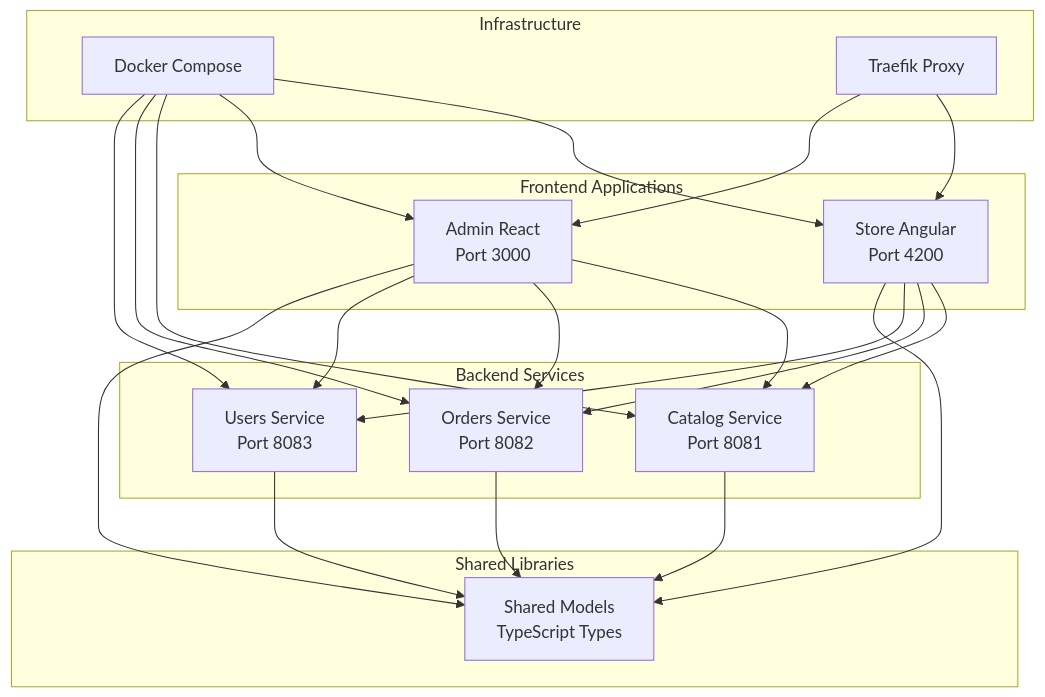
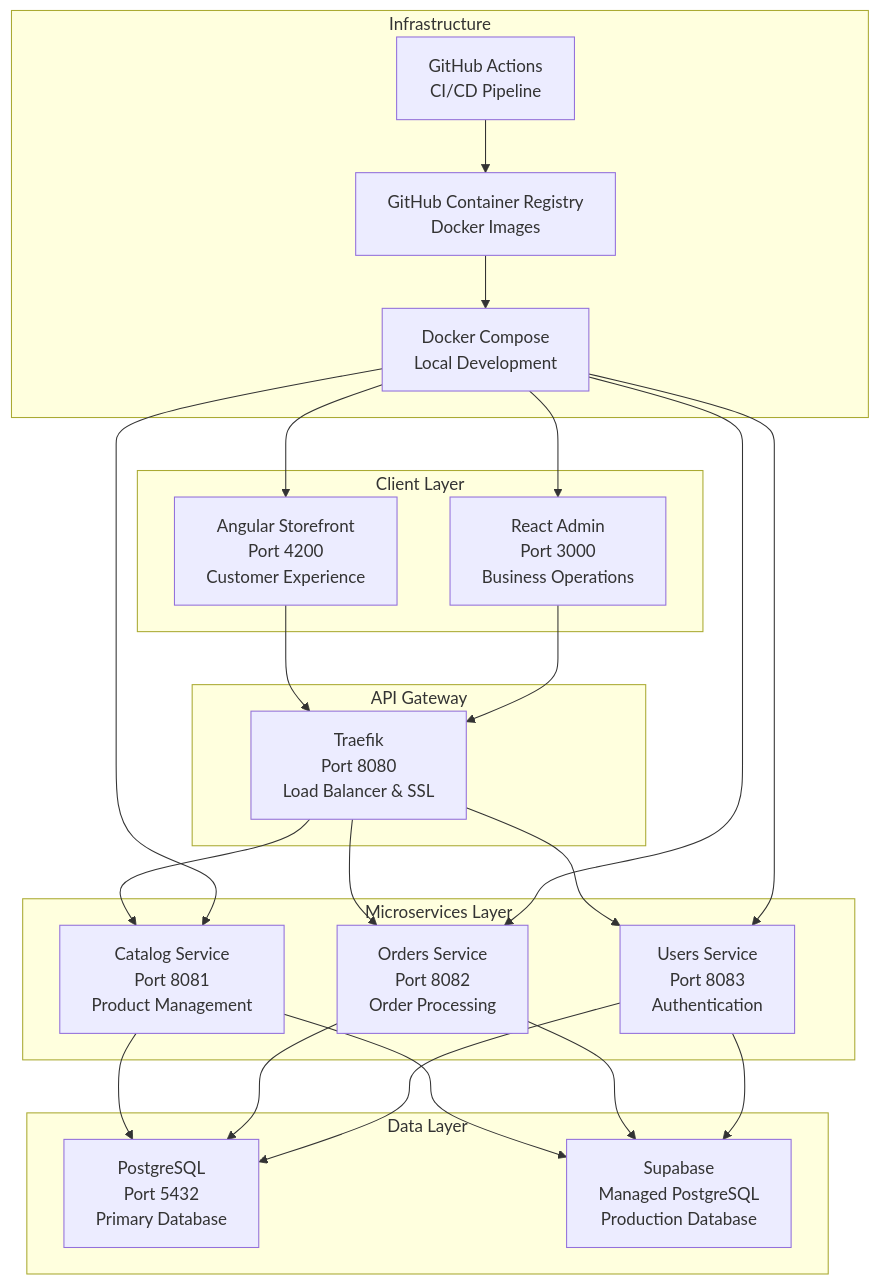
The diagram in README.md (frxncismor/retailedge), drawn with Mermaid before and after one commit. The commit also changed other lines of this file, not shown here.

````diff
--- a/README.md
+++ b/README.md
@@ -13,41 +33,47 @@
 ```mermaid
 graph TB
-    subgraph "Frontend Applications"
-        A[Store Angular<br/>Port 4200]
-        B[Admin React<br/>Port 3000]
+    subgraph "Client Layer"
+        A[Angular Storefront<br/>Port 4200<br/>Customer Experience]
+        B[React Admin<br/>Port 3000<br/>Business Operations]
     end
 
-    subgraph "Backend Services"
-        C[Catalog Service<br/>Port 8081]
-        D[Orders Service<br/>Port 8082]
-        E[Users Service<br/>Port 8083]
+    subgraph "API Gateway"
+        C[Traefik<br/>Port 8080<br/>Load Balancer & SSL]
     end
 
-    subgraph "Shared Libraries"
-        F[Shared Models<br/>TypeScript Types]
+    subgraph "Microservices Layer"
+        D[Catalog Service<br/>Port 8081<br/>Product Management]
+        E[Orders Service<br/>Port 8082<br/>Order Processing]
+        F[Users Service<br/>Port 8083<br/>Authentication]
+    end
+
+    subgraph "Data Layer"
+        G[PostgreSQL<br/>Port 5432<br/>Primary Database]
+        H[Supabase<br/>Managed PostgreSQL<br/>Production Database]
     end
 
     subgraph "Infrastructure"
-        G[Docker Compose]
-        H[Traefik Proxy]
+        I[Docker Compose<br/>Local Development]
+        J[GitHub Actions<br/>CI/CD Pipeline]
+        K[GitHub Container Registry<br/>Docker Images]
     end
 
     A --> C
-    A --> D
-    A --> E
     B --> C
-    B --> D
-    B --> E
-    A --> F
-    B --> F
+    C --> D
+    C --> E
     C --> F
-    D --> F
-    E --> F
-    G --> A
-    G --> B
-    G --> C
-    G --> D
-    G --> E
-    H --> A
-    H --> B
+    D --> G
+    E --> G
+    F --> G
+    D --> H
+    E --> H
+    F --> H
+    I --> A
+    I --> B
+    I --> D
+    I --> E
+    I --> F
+    J --> K
+    K --> I
 ```
````
